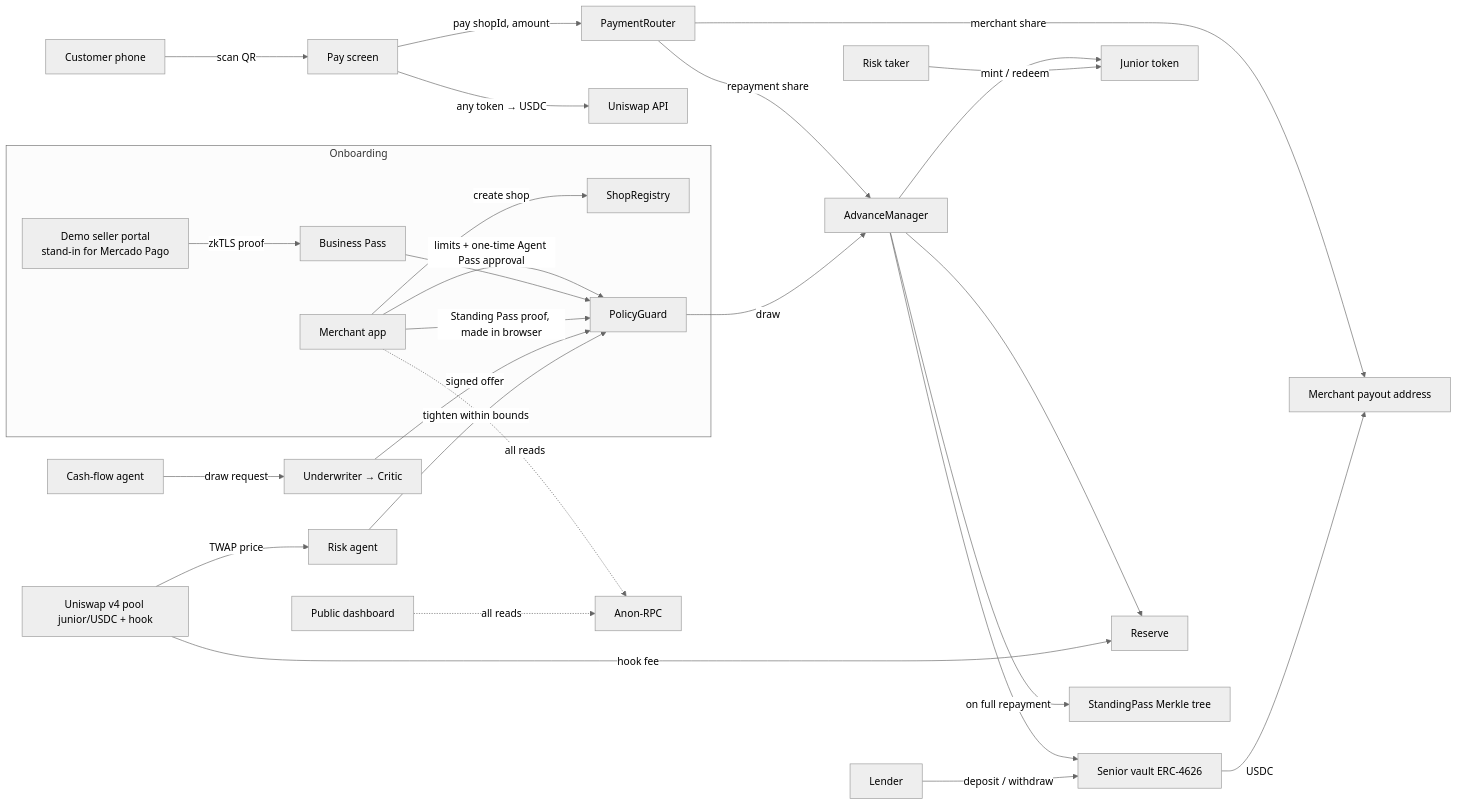
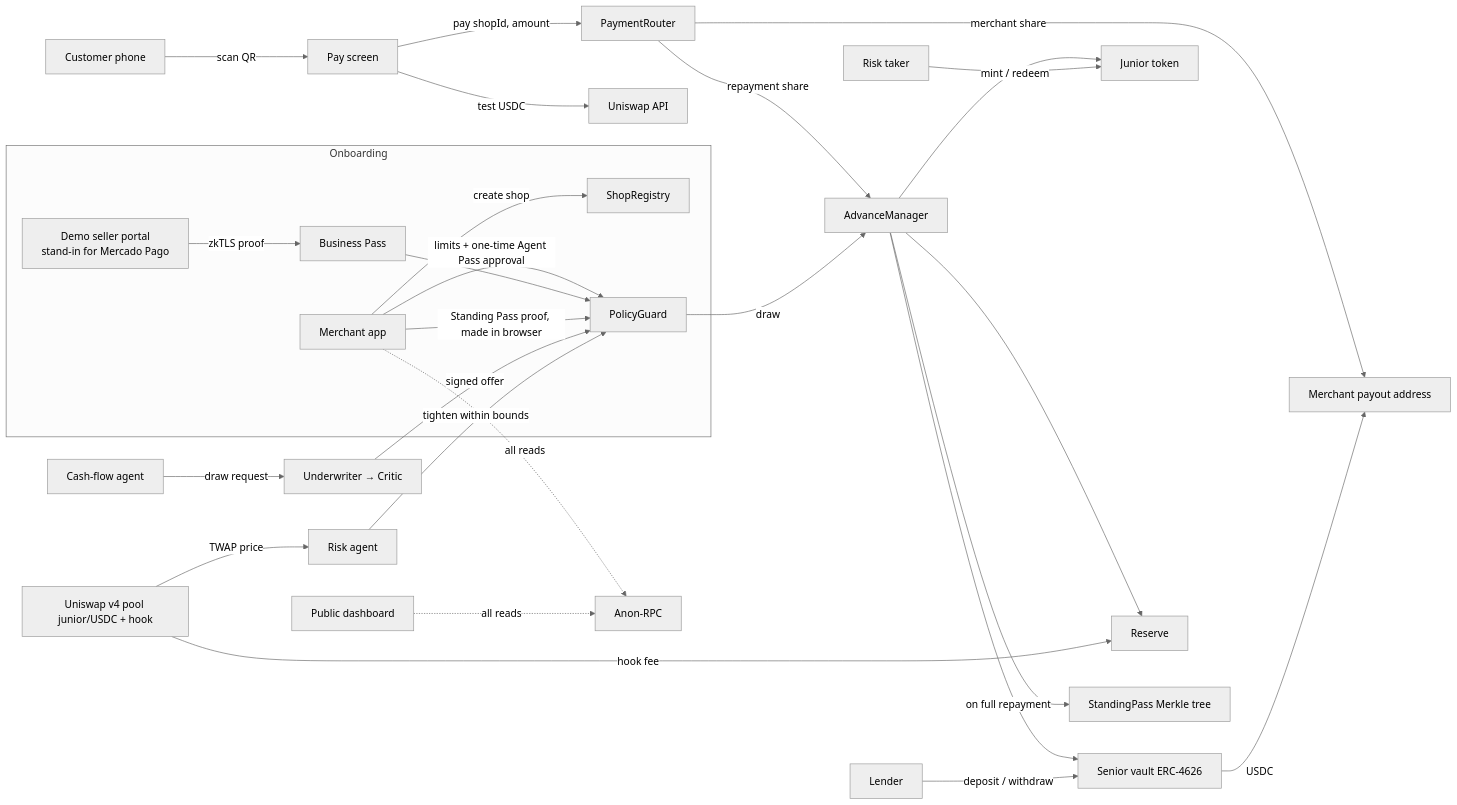
Before and after one commit to e-l-l/ETHGlobal-main-2026: the first of 3 diagrams in anay-docs/architecture.md, drawn with Mermaid (neutral theme). The commit also changed other lines of this file and 28 other files, not shown here.

````diff
--- a/anay-docs/architecture.md
+++ b/anay-docs/architecture.md
@@ -5,34 +5,34 @@
 ```mermaid
 flowchart LR
   subgraph Onboarding
     SPRT[Demo seller portal<br/>stand-in for Mercado Pago] -->|zkTLS proof| BP[Business Pass]
     M[Merchant app] -->|create shop| SR[ShopRegistry]
     M -->|limits + one-time Agent Pass approval| PG
   end
 
   C[Customer phone] -->|scan QR| CO[Pay screen]
-  CO -->|any token → USDC| UAPI[Uniswap API]
+  CO -->|test USDC| UAPI[Uniswap API]
   CO -->|pay shopId, amount| PR[PaymentRouter]
   PR -->|merchant share| MW[Merchant payout address]
   PR -->|repayment share| AM[AdvanceManager]
   AM --> SV[Senior vault ERC-4626]
   AM --> JT[Junior token]
   AM --> RS[Reserve]
   AM -->|on full repayment| SP[StandingPass Merkle tree]
 
   BP --> PG[PolicyGuard]
   M -->|Standing Pass proof, made in browser| PG
   CFA[Cash-flow agent] -->|draw request| UW[Underwriter → Critic]
   UW -->|signed offer| PG
   PG -->|draw| AM
   SV -->|USDC| MW
 
   L[Lender] -->|deposit / withdraw| SV
   RT[Risk taker] -->|mint / redeem| JT
   POOL[Uniswap v4 pool junior/USDC + hook] -->|hook fee| RS
   POOL -->|TWAP price| RA[Risk agent]
   RA -->|tighten within bounds| PG
 
   M -. all reads .-> ARPC[Anon-RPC]
   PD[Public dashboard] -. all reads .-> ARPC
 ```
````
